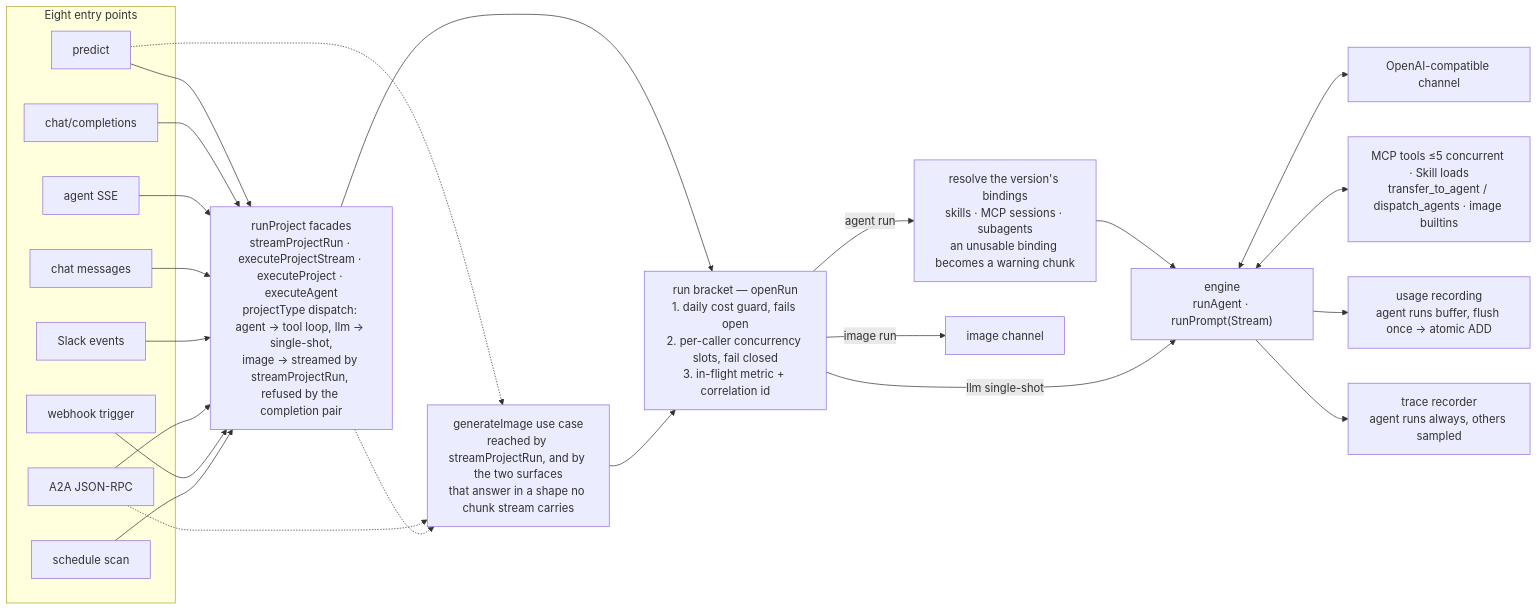
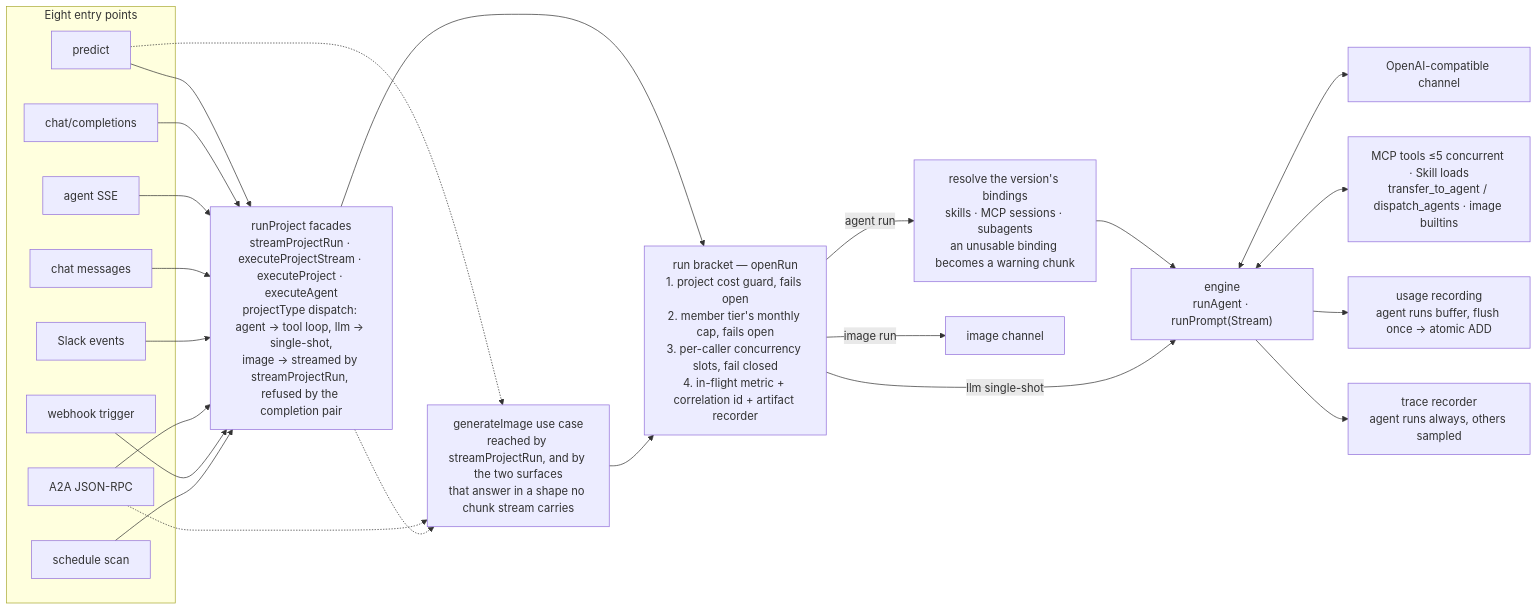
One commit to opspresso/agent-studio changed the second of 5 diagrams in docs/ARCHITECTURE.md. Above: the diagram before and after it, drawn with Mermaid. The commit also changed other lines of this file and 12 other files, not shown here.

````diff
--- a/docs/ARCHITECTURE.md
+++ b/docs/ARCHITECTURE.md
@@ -280,45 +287,45 @@
 ```mermaid
 flowchart LR
   subgraph surfaces["Eight entry points"]
     predict["predict"]
     cc["chat/completions"]
     agentsse["agent SSE"]
     chat["chat messages"]
     slack["Slack events"]
     a2a["A2A JSON-RPC"]
     webhook["webhook trigger"]
     schedule["schedule scan"]
   end
 
   facade["runProject facades<br/>streamProjectRun · executeProjectStream · executeProject · executeAgent<br/>projectType dispatch: agent → tool loop, llm → single-shot,<br/>image → streamed by streamProjectRun, refused by the completion pair"]
   imageuc["generateImage use case<br/>reached by streamProjectRun, and by the two surfaces<br/>that answer in a shape no chunk stream carries"]
-  bracket["run bracket — openRun<br/>1. daily cost guard, fails open<br/>2. per-caller concurrency slots, fail closed<br/>3. in-flight metric + correlation id"]
+  bracket["run bracket — openRun<br/>1. project cost guard, fails open<br/>2. member tier's monthly cap, fails open<br/>3. per-caller concurrency slots, fail closed<br/>4. in-flight metric + correlation id + artifact recorder"]
   resolve["resolve the version's bindings<br/>skills · MCP sessions · subagents<br/>an unusable binding becomes a warning chunk"]
   engine["engine<br/>runAgent · runPrompt(Stream)"]
   channel["OpenAI-compatible channel"]
   imagechannel["image channel"]
   tools["MCP tools ≤5 concurrent · Skill loads<br/>transfer_to_agent / dispatch_agents · image builtins"]
   usage["usage recording<br/>agent runs buffer, flush once → atomic ADD"]
   trace["trace recorder<br/>agent runs always, others sampled"]
 
   predict --> facade
   cc --> facade
   agentsse --> facade
   chat --> facade
   slack --> facade
   a2a --> facade
   webhook --> facade
   schedule --> facade
   predict -.-> imageuc
   a2a -.-> imageuc
   facade -.-> imageuc
   facade --> bracket
   imageuc --> bracket
   bracket -->|"agent run"| resolve --> engine
   bracket -->|"llm single-shot"| engine
   bracket -->|"image run"| imagechannel
   engine <--> channel
   engine <--> tools
   engine --> usage
   engine --> trace
 ```
````
